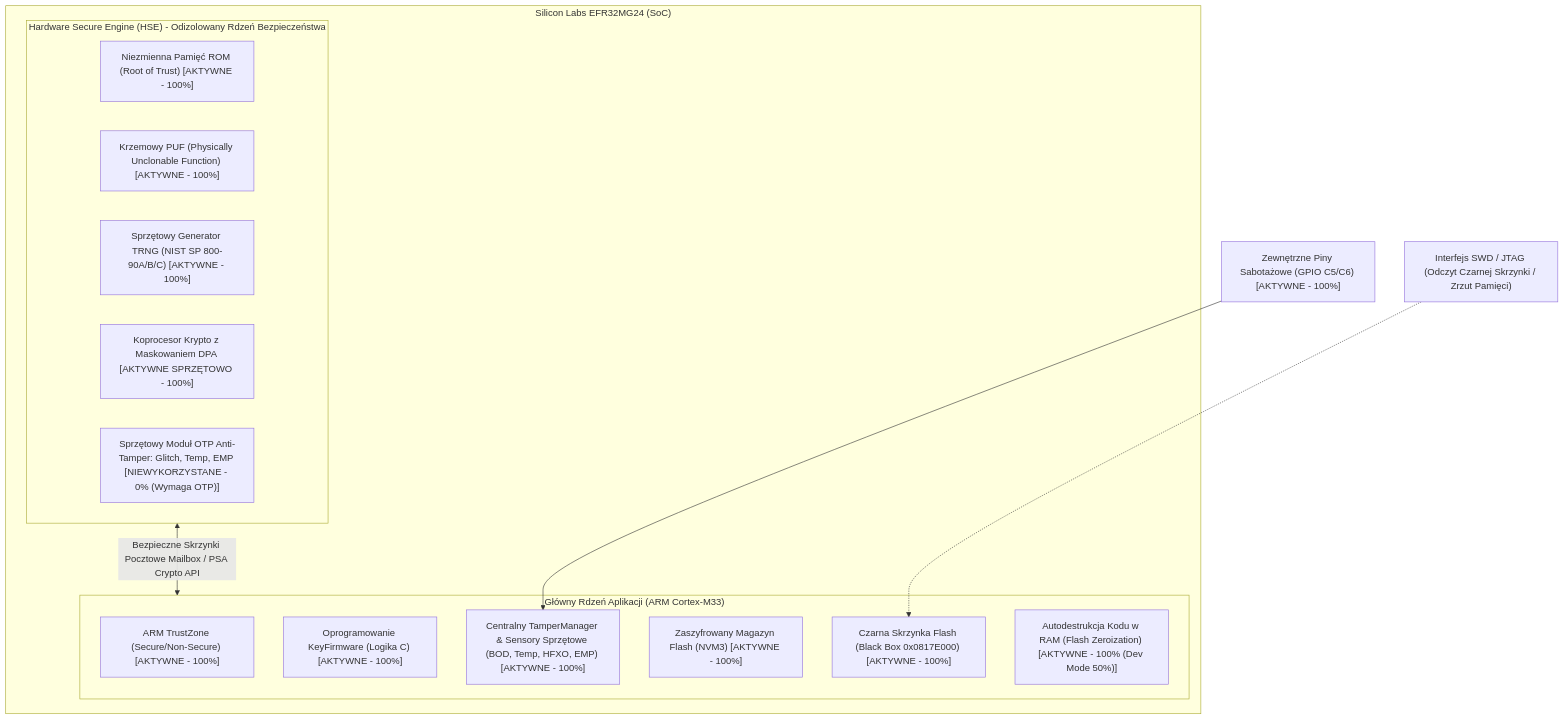
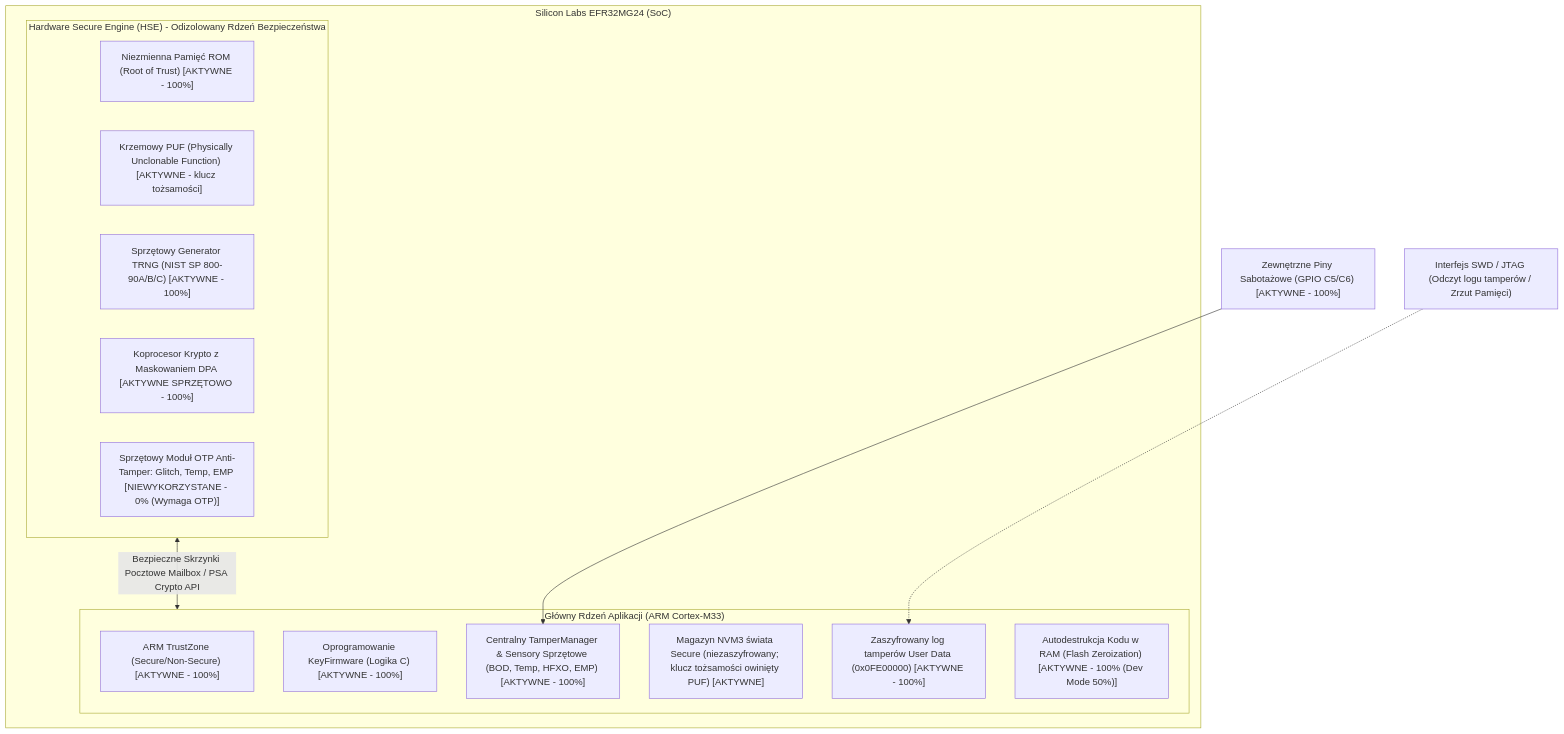
One commit to michalkkkd/keyadmin changed the first of 4 diagrams in docs/security/compass_security_mechanisms.md. Above: the diagram before and after it, drawn with Mermaid. The commit also changed other lines of this file and 29 other files, not shown here.

````diff
--- a/docs/security/compass_security_mechanisms.md
+++ b/docs/security/compass_security_mechanisms.md
@@ -27,26 +27,26 @@
 ```mermaid
 flowchart TD
     subgraph EFR32MG24["Silicon Labs EFR32MG24 (SoC)"]
         subgraph HSE["Hardware Secure Engine (HSE) - Odizolowany Rdzeń Bezpieczeństwa"]
             ROM["Niezmienna Pamięć ROM (Root of Trust) [AKTYWNE - 100%]"]
-            PUF["Krzemowy PUF (Physically Unclonable Function) [AKTYWNE - 100%]"]
+            PUF["Krzemowy PUF (Physically Unclonable Function) [AKTYWNE - klucz tożsamości]"]
             TRNG["Sprzętowy Generator TRNG (NIST SP 800-90A/B/C) [AKTYWNE - 100%]"]
             DPA["Koprocesor Krypto z Maskowaniem DPA [AKTYWNE SPRZĘTOWO - 100%]"]
             AT_MOD["Sprzętowy Moduł OTP Anti-Tamper: Glitch, Temp, EMP [NIEWYKORZYSTANE - 0% (Wymaga OTP)]"]
         end
 
         subgraph APP_CORE["Główny Rdzeń Aplikacji (ARM Cortex-M33)"]
             TZ["ARM TrustZone (Secure/Non-Secure) [AKTYWNE - 100%]"]
             FW["Oprogramowanie KeyFirmware (Logika C) [AKTYWNE - 100%]"]
             TM["Centralny TamperManager & Sensory Sprzętowe (BOD, Temp, HFXO, EMP) [AKTYWNE - 100%]"]
-            NVM3["Zaszyfrowany Magazyn Flash (NVM3) [AKTYWNE - 100%]"]
-            BB["Czarna Skrzynka Flash (Black Box 0x0817E000) [AKTYWNE - 100%]"]
+            NVM3["Magazyn NVM3 świata Secure (niezaszyfrowany; klucz tożsamości owinięty PUF) [AKTYWNE]"]
+            BB["Zaszyfrowany log tamperów User Data (0x0FE00000) [AKTYWNE - 100%]"]
             RAM_WIPE["Autodestrukcja Kodu w RAM (Flash Zeroization) [AKTYWNE - 100% (Dev Mode 50%)]"]
         end
 
         HSE <-->|Bezpieczne Skrzynki Pocztowe Mailbox / PSA Crypto API| APP_CORE
     end
 
     EXT_PINS["Zewnętrzne Piny Sabotażowe (GPIO C5/C6) [AKTYWNE - 100%]"] --> TM
-    EXT_DEBUG["Interfejs SWD / JTAG (Odczyt Czarnej Skrzynki / Zrzut Pamięci)"] -.-> BB
+    EXT_DEBUG["Interfejs SWD / JTAG (Odczyt logu tamperów / Zrzut Pamięci)"] -.-> BB
 ```
````
